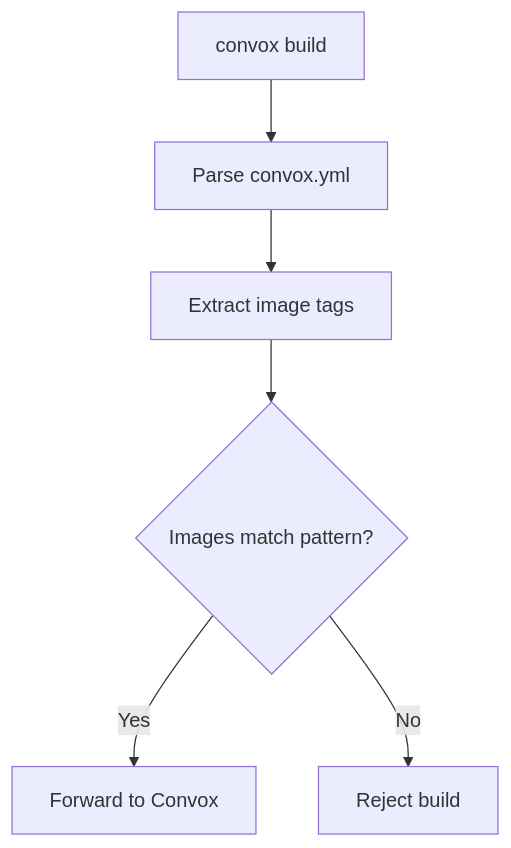
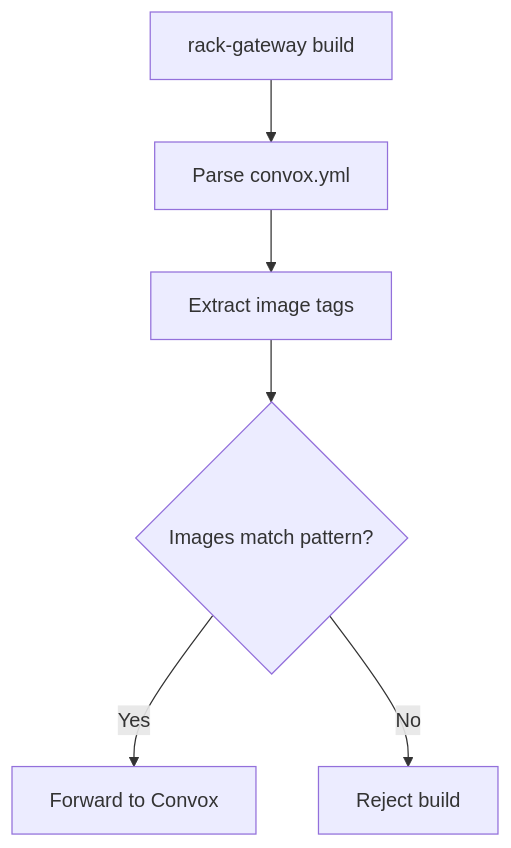
Before and after one commit to DocSpring/rack-gateway: the fifth of 6 diagrams in docs/src/content/docs/integrations/deploy-approvals/workflow.mdx, drawn with Mermaid. The commit also changed other lines of this file and 52 other files, not shown here.

````diff
--- a/docs/src/content/docs/integrations/deploy-approvals/workflow.mdx
+++ b/docs/src/content/docs/integrations/deploy-approvals/workflow.mdx
@@ -214,8 +214,8 @@
 ```mermaid
 graph TD
-    Build[convox build] --> Parse[Parse convox.yml]
+    Build[rack-gateway build] --> Parse[Parse convox.yml]
     Parse --> Extract[Extract image tags]
     Extract --> Validate{Images match pattern?}
     Validate -->|Yes| Forward[Forward to Convox]
     Validate -->|No| Reject[Reject build]
 ```
````
